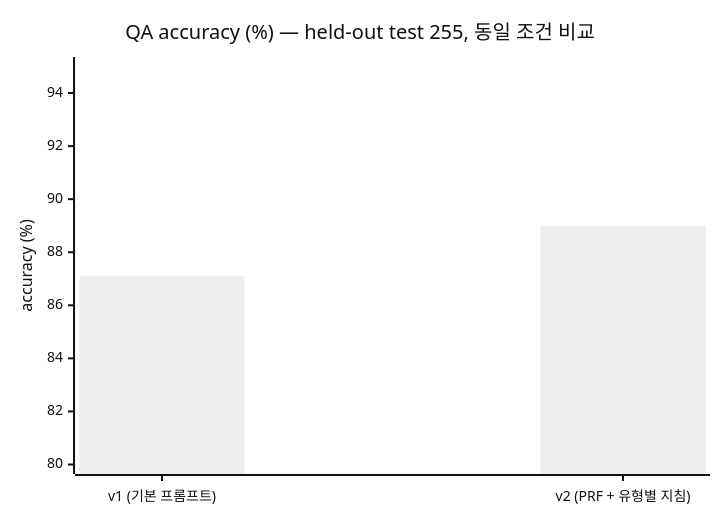
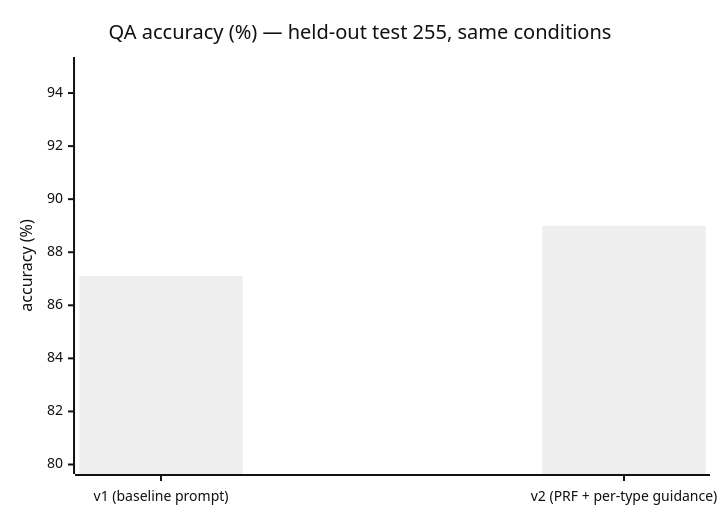
Before and after one commit to treestar84/memory-brain: the third of 7 diagrams in README.md, drawn with Mermaid (neutral theme). The commit also changed other lines of this file and 10 other files, not shown here.

````diff
--- a/README.md
+++ b/README.md
@@ -108,7 +137,7 @@
 ```mermaid
 xychart-beta
-    title "QA accuracy (%) — held-out test 255, 동일 조건 비교"
-    x-axis ["v1 (기본 프롬프트)", "v2 (PRF + 유형별 지침)"]
+    title "QA accuracy (%) — held-out test 255, same conditions"
+    x-axis ["v1 (baseline prompt)", "v2 (PRF + per-type guidance)"]
     y-axis "accuracy (%)" 80 --> 95
     bar [87.1, 89.0]
 ```
````
